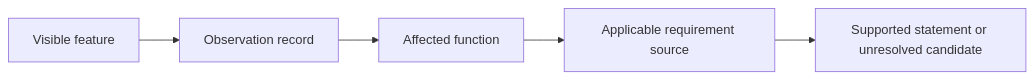
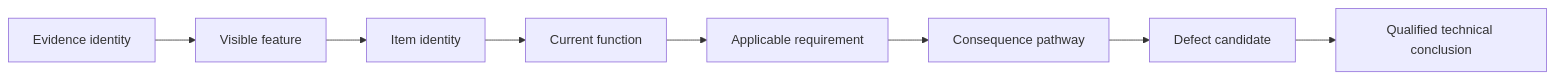
The second of 2 diagrams in docs/learning-plans/12-week/modules/day-39-accessibility-labelling-and-original-defect-recognition-scenarios.md (andrew3stedall/capstone), drawn with Mermaid before and after one commit. The commit also changed other lines of this file and 3 other files, not shown here.

````diff
--- a/docs/learning-plans/12-week/modules/day-39-accessibility-labelling-and-original-defect-recognition-scenarios.md
+++ b/docs/learning-plans/12-week/modules/day-39-accessibility-labelling-and-original-defect-recognition-scenarios.md
@@ -79,7 +110,10 @@
 ```mermaid
 flowchart LR
-    A[Visible feature] --> B[Observation record]
-    B --> C[Affected function]
-    C --> D[Applicable requirement source]
-    D --> E[Supported statement or unresolved candidate]
+    A[Evidence identity] --> B[Visible feature]
+    B --> C[Item identity]
+    C --> D[Current function]
+    D --> E[Applicable requirement]
+    E --> F[Consequence pathway]
+    F --> G[Defect candidate]
+    G --> H[Qualified technical conclusion]
 ```
````
